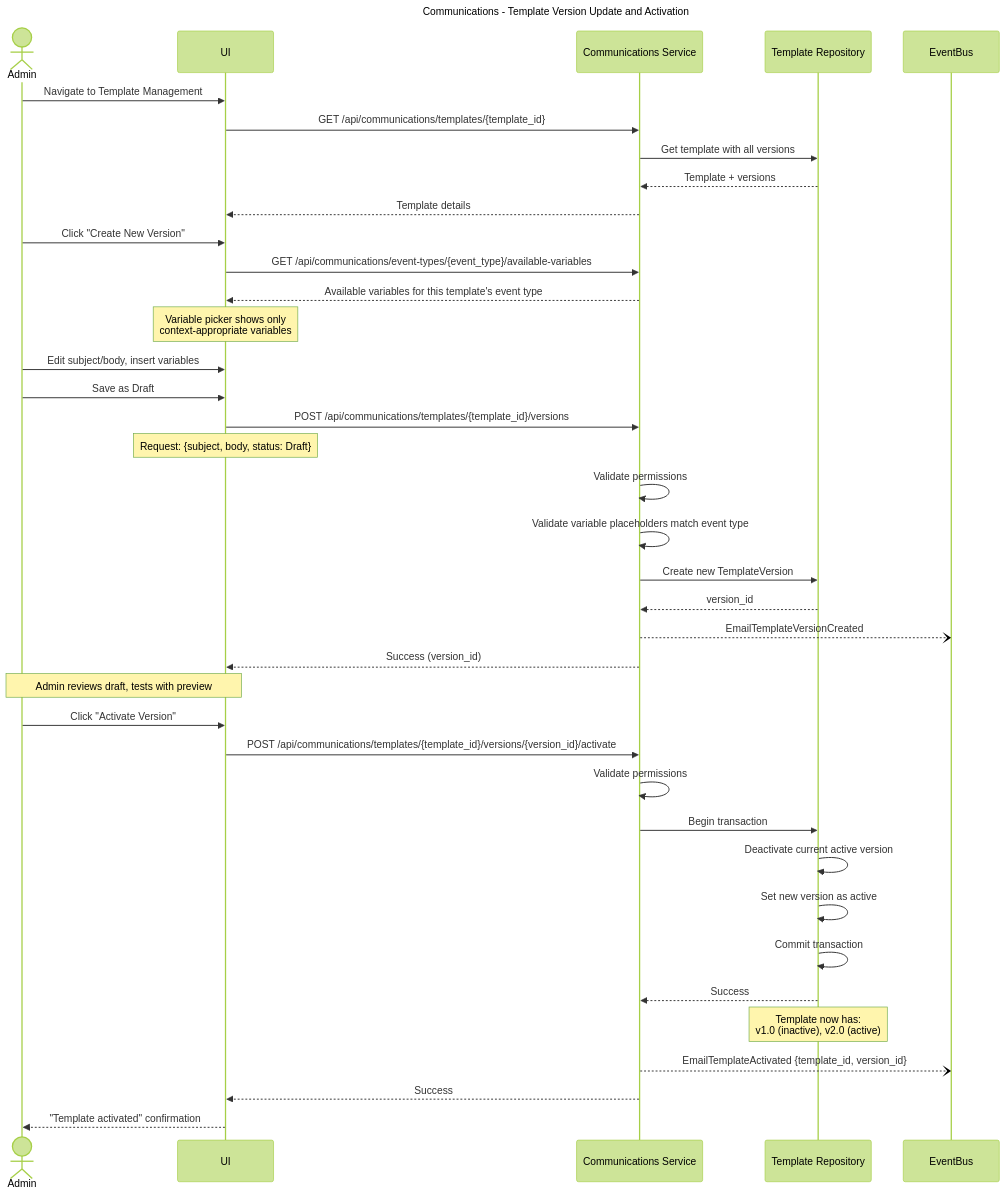
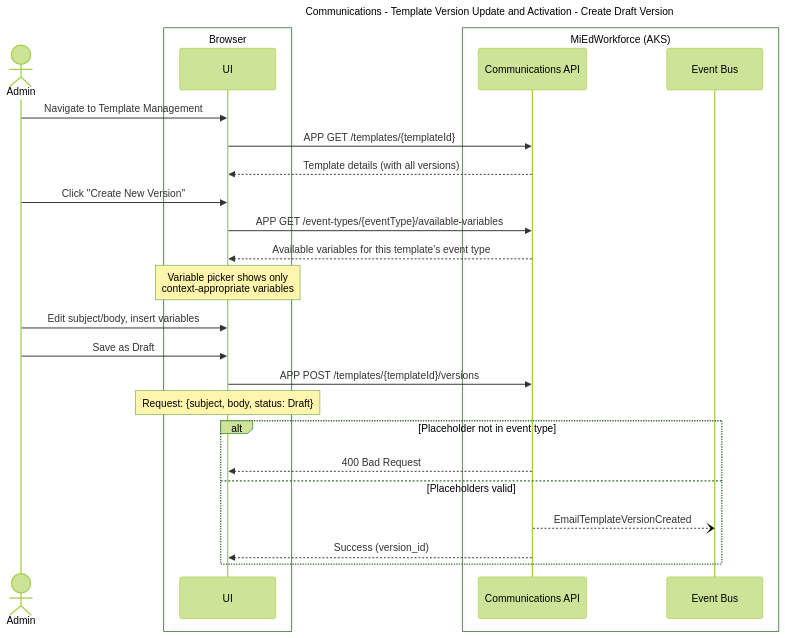
Before and after one commit to mnichols-dl/mied-design: the fourth of 15 diagrams in working-docs/solution-areas/communications/communications-sequences.md, drawn with Mermaid (forest theme). The commit also changed other lines of this file and 34 other files, not shown here.

Commit message:
Update sequences and perform RTM assessment

````diff
--- a/working-docs/solution-areas/communications/communications-sequences.md
+++ b/working-docs/solution-areas/communications/communications-sequences.md
@@ -191,55 +209,36 @@
 ```mermaid
 ---
-title: Communications - Template Version Update and Activation
+title: Communications - Template Version Update and Activation - Create Draft Version
 ---
 sequenceDiagram
     actor Admin
+    box Browser
     participant UI
-    participant Comms as Communications Service
-    participant TemplateRepo as Template Repository
-    participant EventBus
-    
+    end
+    box MiEdWorkforce (AKS)
+    participant CommApi as Communications API
+    participant EventBus as Event Bus
+    end
+
     Admin->>UI: Navigate to Template Management
-    UI->>Comms: GET /api/communications/templates/{template_id}
-    Comms->>TemplateRepo: Get template with all versions
-    TemplateRepo-->>Comms: Template + versions
-    Comms-->>UI: Template details
-    
+    UI->>CommApi: APP GET /templates/{templateId}
+    CommApi-->>UI: Template details (with all versions)
+
     Admin->>UI: Click "Create New Version"
-    UI->>Comms: GET /api/communications/event-types/{event_type}/available-variables
-    Comms-->>UI: Available variables for this template's event type
+    UI->>CommApi: APP GET /event-types/{eventType}/available-variables
+    CommApi-->>UI: Available variables for this template's event type
     Note over UI: Variable picker shows only<br/>context-appropriate variables
-    
+
     Admin->>UI: Edit subject/body, insert variables
     Admin->>UI: Save as Draft
-    
-    UI->>Comms: POST /api/communications/templates/{template_id}/versions
+
+    UI->>CommApi: APP POST /templates/{templateId}/versions
     Note over UI: Request: {subject, body, status: Draft}
-    
-    Comms->>Comms: Validate permissions
-    Comms->>Comms: Validate variable placeholders match event type
-    
-    Comms->>TemplateRepo: Create new TemplateVersion
-    TemplateRepo-->>Comms: version_id
-    
-    Comms--)EventBus: EmailTemplateVersionCreated
-    Comms-->>UI: Success (version_id)
-    
-    Note over Admin,UI: Admin reviews draft, tests with preview
-    
-    Admin->>UI: Click "Activate Version"
-    UI->>Comms: POST /api/communications/templates/{template_id}/versions/{version_id}/activate
-    
-    Comms->>Comms: Validate permissions
-    Comms->>TemplateRepo: Begin transaction
-    TemplateRepo->>TemplateRepo: Deactivate current active version
-    TemplateRepo->>TemplateRepo: Set new version as active
-    TemplateRepo->>TemplateRepo: Commit transaction
-    TemplateRepo-->>Comms: Success
-    
-    Note over TemplateRepo: Template now has:<br/>v1.0 (inactive), v2.0 (active)
-    
-    Comms--)EventBus: EmailTemplateActivated {template_id, version_id}
-    Comms-->>UI: Success
-    UI-->>Admin: "Template activated" confirmation
+
+    alt Placeholder not in event type
+        CommApi-->>UI: 400 Bad Request
+    else Placeholders valid
+        CommApi--)EventBus: EmailTemplateVersionCreated
+        CommApi-->>UI: Success (version_id)
+    end
 ```
````
